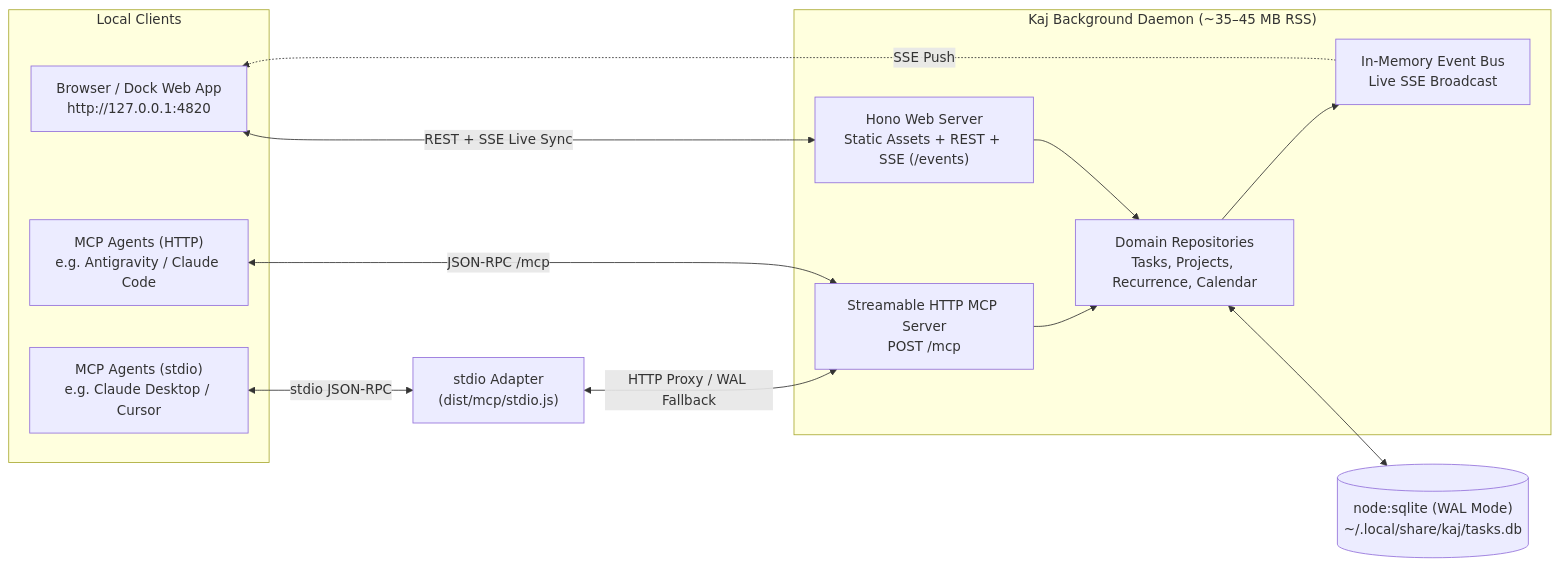
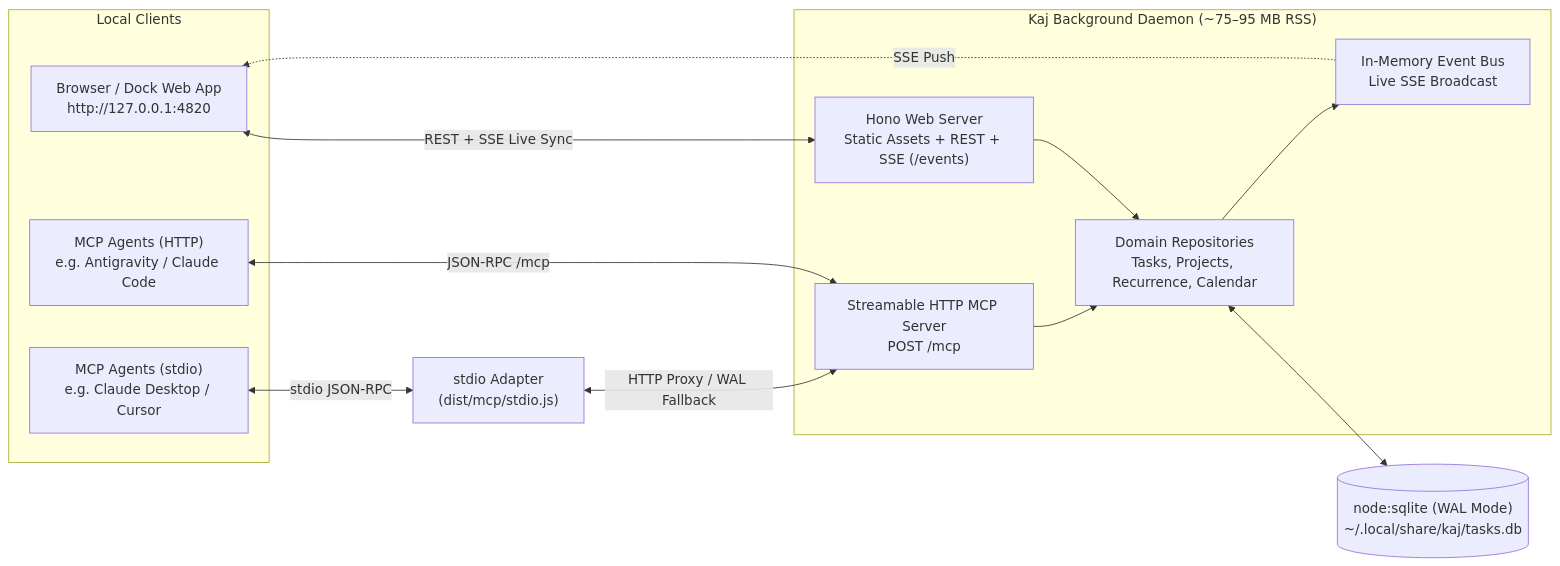
The diagram in README.md (questworld26-prog/Kaj), drawn with Mermaid before and after one commit. The commit also changed other lines of this file and 19 other files, not shown here.

````diff
--- a/README.md
+++ b/README.md
@@ -50,29 +50,29 @@
 ```mermaid
 flowchart LR
   subgraph Clients["Local Clients"]
     Browser["Browser / Dock Web App\nhttp://127.0.0.1:4820"]
     AgentHTTP["MCP Agents (HTTP)\ne.g. Antigravity / Claude Code"]
     AgentStdio["MCP Agents (stdio)\ne.g. Claude Desktop / Cursor"]
   end
 
-  subgraph Daemon["Kaj Background Daemon (~35–45 MB RSS)"]
+  subgraph Daemon["Kaj Background Daemon (~75–95 MB RSS)"]
     Hono["Hono Web Server\nStatic Assets + REST + SSE (/events)"]
     MCPHttp["Streamable HTTP MCP Server\nPOST /mcp"]
     Domain["Domain Repositories\nTasks, Projects, Recurrence, Calendar"]
     Bus["In-Memory Event Bus\nLive SSE Broadcast"]
   end
 
   StdioCLI["stdio Adapter\n(dist/mcp/stdio.js)"]
   SQLite[("node:sqlite (WAL Mode)\n~/.local/share/kaj/tasks.db")]
 
   Browser <-->|"REST + SSE Live Sync"| Hono
   AgentHTTP <-->|"JSON-RPC /mcp"| MCPHttp
   AgentStdio <-->|"stdio JSON-RPC"| StdioCLI
   StdioCLI <-->|"HTTP Proxy / WAL Fallback"| MCPHttp
 
   Hono --> Domain
   MCPHttp --> Domain
   Domain <--> SQLite
   Domain --> Bus
   Bus -.->|"SSE Push"| Browser
 ```
````
